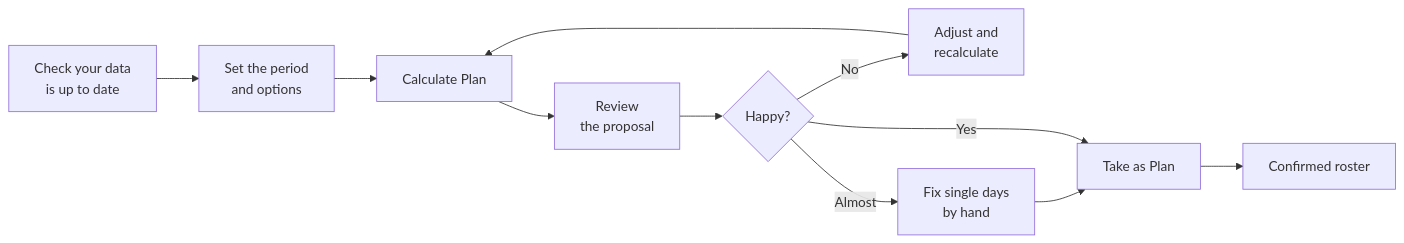
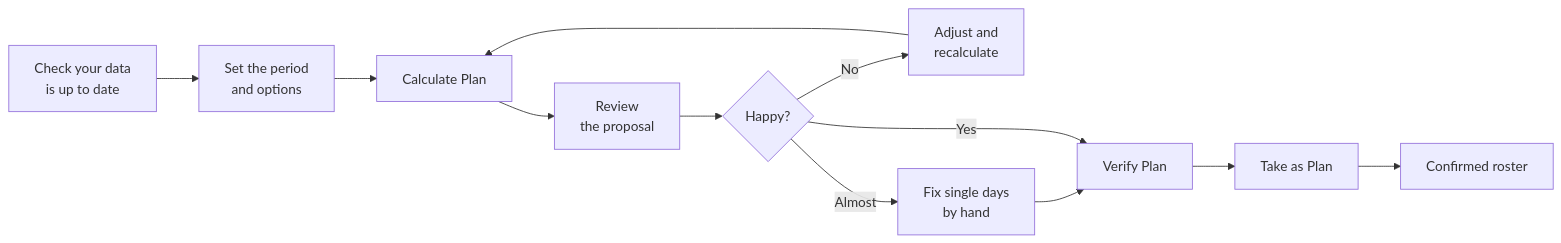
The diagram in docs/guide/creating-a-plan.md (uid09552/shift), drawn with Mermaid before and after one commit. The commit also changed other lines of this file and 31 other files, not shown here.

````diff
--- a/docs/guide/creating-a-plan.md
+++ b/docs/guide/creating-a-plan.md
@@ -10,13 +10,14 @@
 ```mermaid
 flowchart LR
     A[Check your data<br/>is up to date] --> B[Set the period<br/>and options]
     B --> C[Calculate Plan]
     C --> D[Review<br/>the proposal]
     D --> E{Happy?}
     E -->|No| F[Adjust and<br/>recalculate]
     F --> C
     E -->|Almost| G[Fix single days<br/>by hand]
-    G --> H[Take as Plan]
-    E -->|Yes| H
+    G --> V[Verify Plan]
+    E -->|Yes| V
+    V --> H[Take as Plan]
     H --> I[Confirmed roster]
 ```
````
